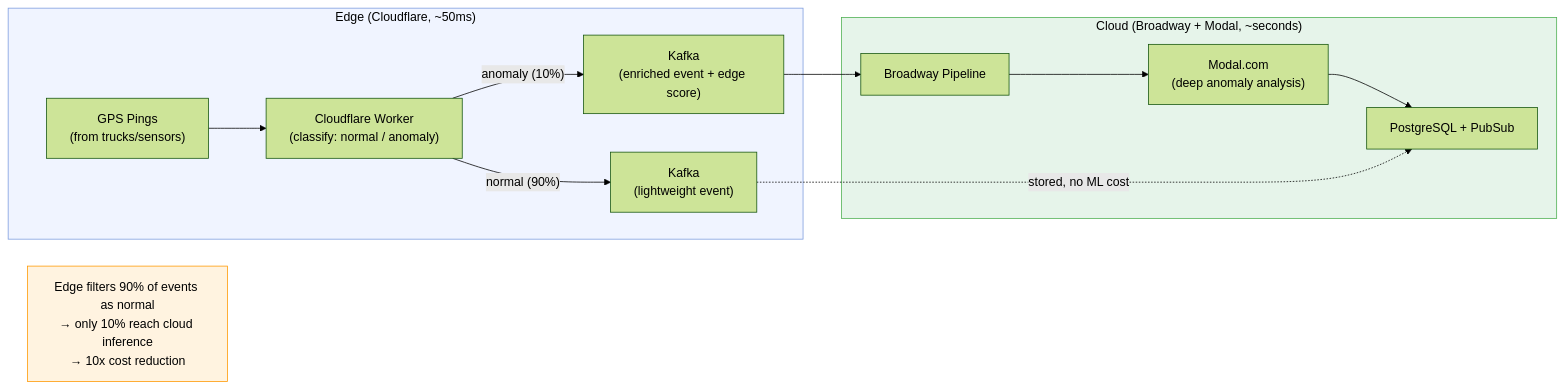
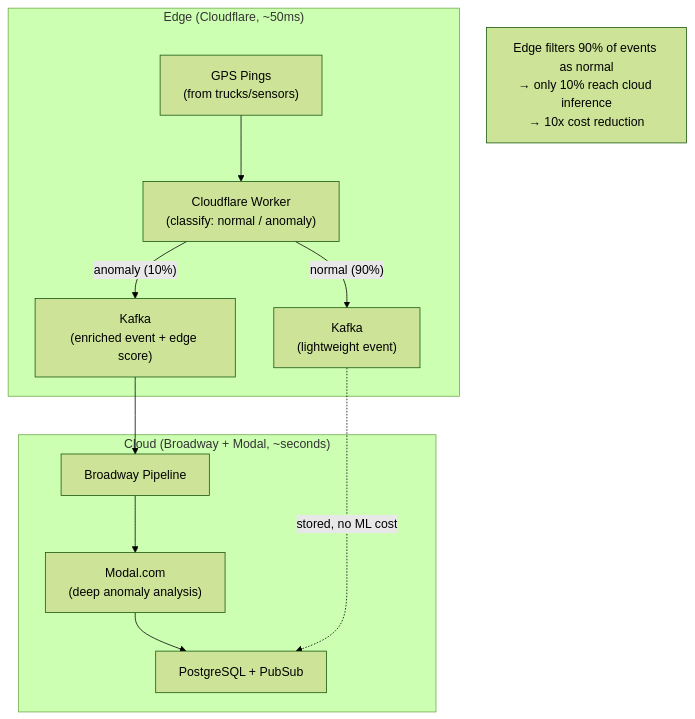
One commit to bchassoul/notes changed diagram 23 of 24 in docs/notes/genstage-broadway-ai.md. Above: the diagram before and after it, drawn with Mermaid (forest theme). The commit also changed other lines of this file and 9 other files, not shown here.

Commit message:
Add diagrams and visual improvements across all notes

````diff
--- a/docs/notes/genstage-broadway-ai.md
+++ b/docs/notes/genstage-broadway-ai.md
@@ -2015,22 +1981,19 @@
 ```mermaid
-flowchart LR
+flowchart TD
     subgraph Edge["Edge (Cloudflare, ~50ms)"]
         GPS["GPS Pings\n(from trucks/sensors)"] --> CF["Cloudflare Worker\n(classify: normal / anomaly)"]
         CF -->|"normal (90%)"| KN["Kafka\n(lightweight event)"]
         CF -->|"anomaly (10%)"| KA["Kafka\n(enriched event + edge score)"]
     end
 
     subgraph Cloud["Cloud (Broadway + Modal, ~seconds)"]
         KA --> BW["Broadway Pipeline"]
         BW --> MODAL["Modal.com\n(deep anomaly analysis)"]
         MODAL --> PG["PostgreSQL + PubSub"]
     end
 
     KN -.->|"stored, no ML cost"| PG
 
     note["Edge filters 90% of events as normal\n→ only 10% reach cloud inference\n→ 10x cost reduction"]
 
-    style Edge fill:#f0f4ff,stroke:#7b9cde,color:#000
-    style Cloud fill:#e6f4ea,stroke:#4caf50,color:#000
-    style note fill:#fff3e0,stroke:#ff9800,color:#000
 ```
````
